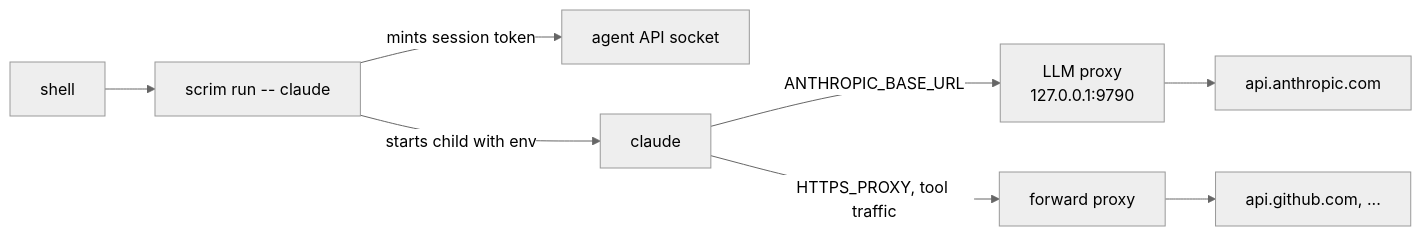
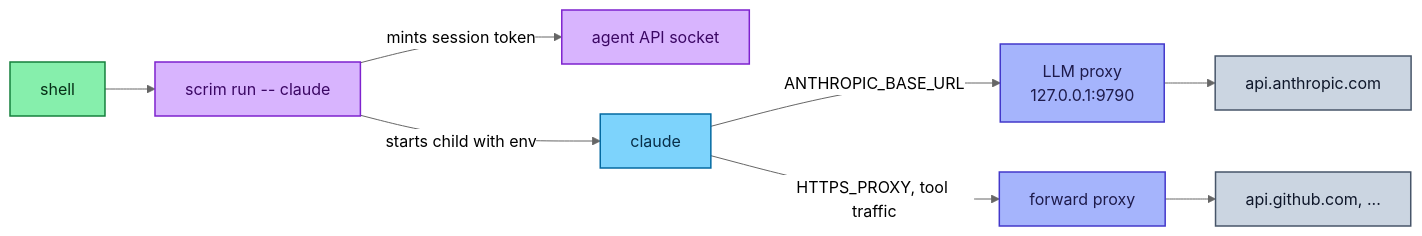
One commit to Heliopsy/scrim changed the first of 9 diagrams in docs/interception.md. Above: the diagram before and after it, drawn with Mermaid (neutral theme). The commit also changed other lines of this file and 6 other files, not shown here.

Commit message:
docs: new scrim logo and colour-coded mermaid diagrams

````diff
--- a/docs/interception.md
+++ b/docs/interception.md
@@ -72,10 +72,20 @@
 ```mermaid
 flowchart LR
   user["shell"] --> run["scrim run -- claude"]
   run -- "mints session token" --> api["agent API socket"]
   run -- "starts child with env" --> agent["claude"]
   agent -- "ANTHROPIC_BASE_URL" --> llm["LLM proxy<br>127.0.0.1:9790"]
   agent -- "HTTPS_PROXY, tool traffic" --> fwd["forward proxy"]
   llm --> prov["api.anthropic.com"]
   fwd --> tools["api.github.com, ..."]
+  classDef agent fill:#7dd3fc,stroke:#0369a1,stroke-width:1.5px,color:#082f49
+  classDef dplane fill:#a5b4fc,stroke:#4338ca,stroke-width:1.5px,color:#1e1b4b
+  classDef cplane fill:#d8b4fe,stroke:#7e22ce,stroke-width:1.5px,color:#3b0764
+  classDef ext fill:#cbd5e1,stroke:#475569,stroke-width:1.5px,color:#0f172a
+  classDef human fill:#86efac,stroke:#15803d,stroke-width:1.5px,color:#052e16
+  class user human
+  class run,api cplane
+  class agent agent
+  class llm,fwd dplane
+  class prov,tools ext
 ```
````
